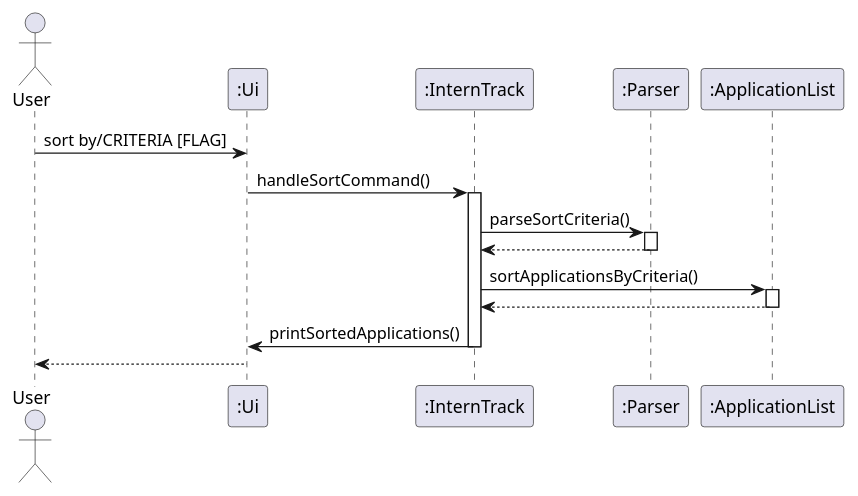
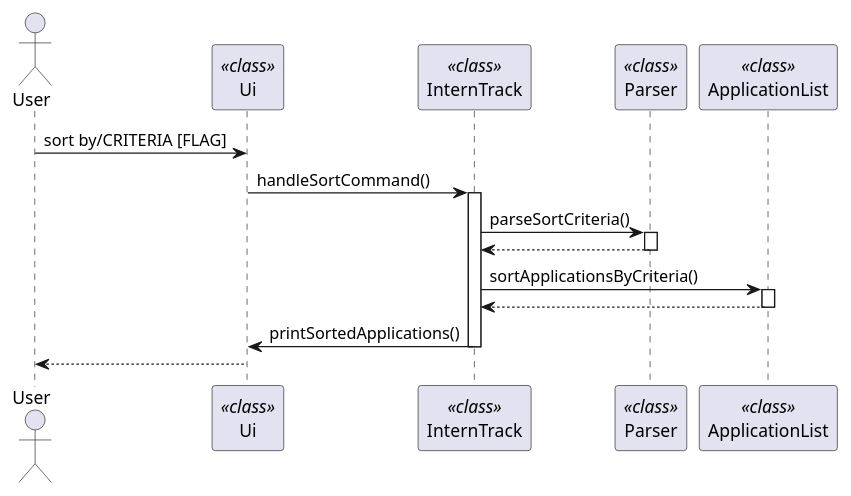
One commit to chuayongliang6/tp changed the diagram in docs/diagrams/sort_sequence_diag.puml. Above: the diagram before and after it, drawn with PlantUML. The commit also changed 5 other files, not shown here.

Commit message:
change diagram

```diff
--- a/docs/diagrams/sort_sequence_diag.puml
+++ b/docs/diagrams/sort_sequence_diag.puml
@@ -1,22 +1,22 @@
 @startuml
 actor User
-participant ":Ui" as  Ui
-participant ":InternTrack" as InternTrack
-participant ":Parser" as Parser
-participant ":ApplicationList" as ApplicationList
+participant "Ui" as  Ui<<class>>
+participant "InternTrack" as InternTrack<<class>>
+participant "Parser" as Parser<<class>>
+participant "ApplicationList" as ApplicationList<<class>>
 
 User -> Ui : sort by/CRITERIA [FLAG]
 Ui -> InternTrack : handleSortCommand()
 activate InternTrack
 InternTrack -> Parser : parseSortCriteria()
 activate Parser
 Parser --> InternTrack :
 deactivate Parser
 InternTrack -> ApplicationList : sortApplicationsByCriteria()
 activate ApplicationList
 ApplicationList --> InternTrack
 deactivate ApplicationList
 InternTrack ->Ui :printSortedApplications()
 deactivate InternTrack
 Ui-->User
 @enduml
```
